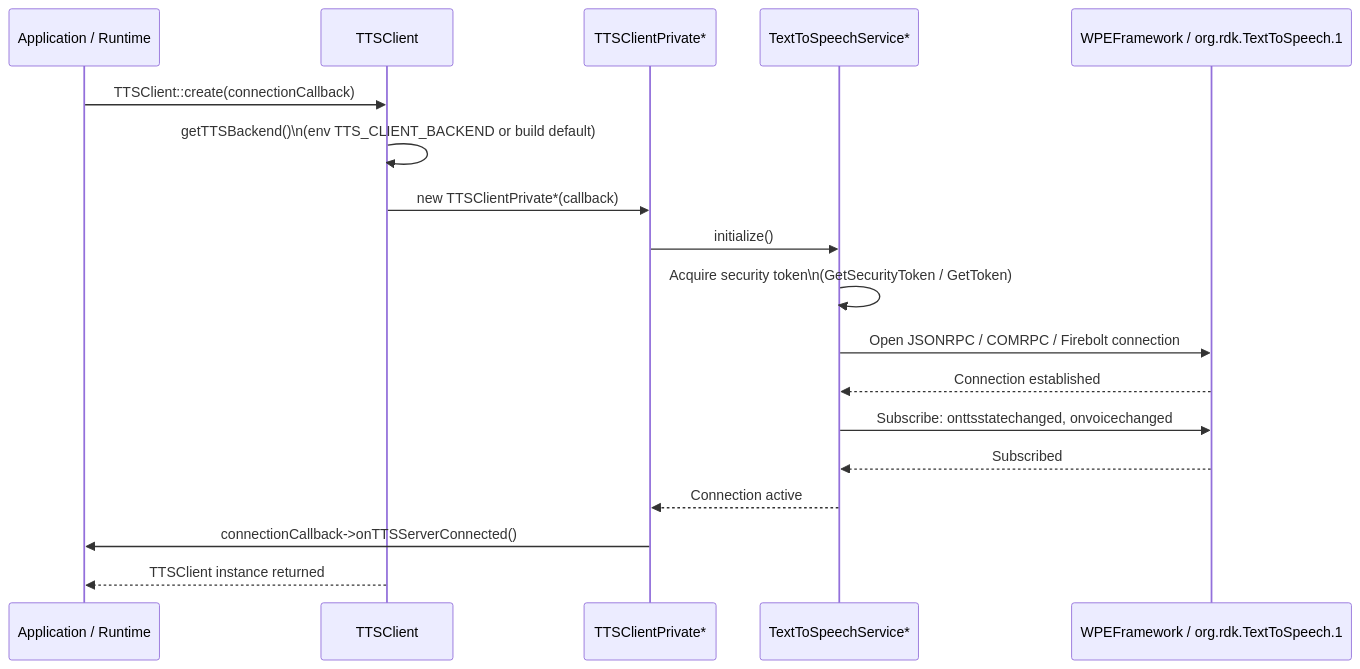
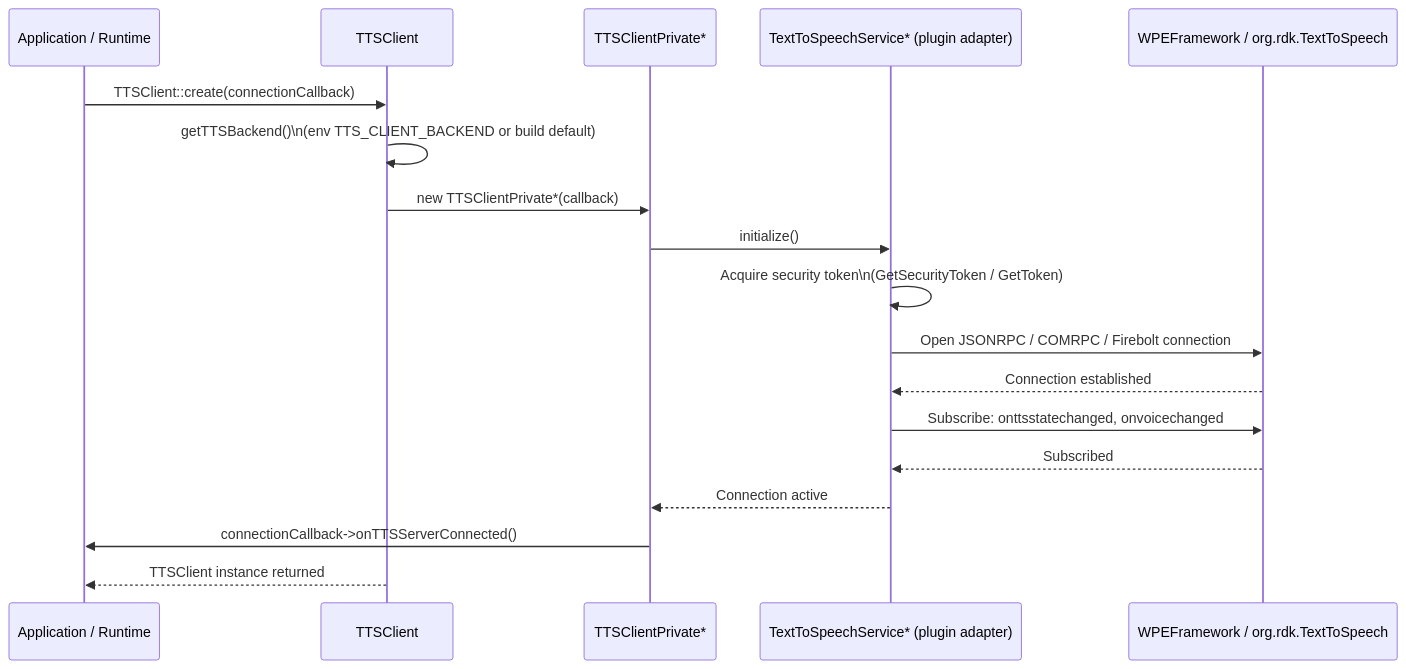
One commit to rns21/RDK_Documentation changed the third of 7 diagrams in docs/docu/RDKV-Documentations/tts_engine.md. Above: the diagram before and after it, drawn with Mermaid. The commit also changed other lines of this file, not shown here.

````diff
--- a/docs/docu/RDKV-Documentations/tts_engine.md
+++ b/docs/docu/RDKV-Documentations/tts_engine.md
@@ -140,21 +140,21 @@
 ```mermaid
 sequenceDiagram
     participant App as Application / Runtime
     participant TC as TTSClient
     participant BE as TTSClientPrivate*
-    participant SVC as TextToSpeechService*
-    participant Thunder as WPEFramework / org.rdk.TextToSpeech.1
+    participant SVC as TextToSpeechService* (plugin adapter)
+    participant Thunder as WPEFramework / org.rdk.TextToSpeech
 
     App->>TC: TTSClient::create(connectionCallback)
     TC->>TC: getTTSBackend()\n(env TTS_CLIENT_BACKEND or build default)
     TC->>BE: new TTSClientPrivate*(callback)
     BE->>SVC: initialize()
     SVC->>SVC: Acquire security token\n(GetSecurityToken / GetToken)
     SVC->>Thunder: Open JSONRPC / COMRPC / Firebolt connection
     Thunder-->>SVC: Connection established
     SVC->>Thunder: Subscribe: onttsstatechanged, onvoicechanged
     Thunder-->>SVC: Subscribed
     SVC-->>BE: Connection active
     BE->>App: connectionCallback->onTTSServerConnected()
     TC-->>App: TTSClient instance returned
 ```
````
